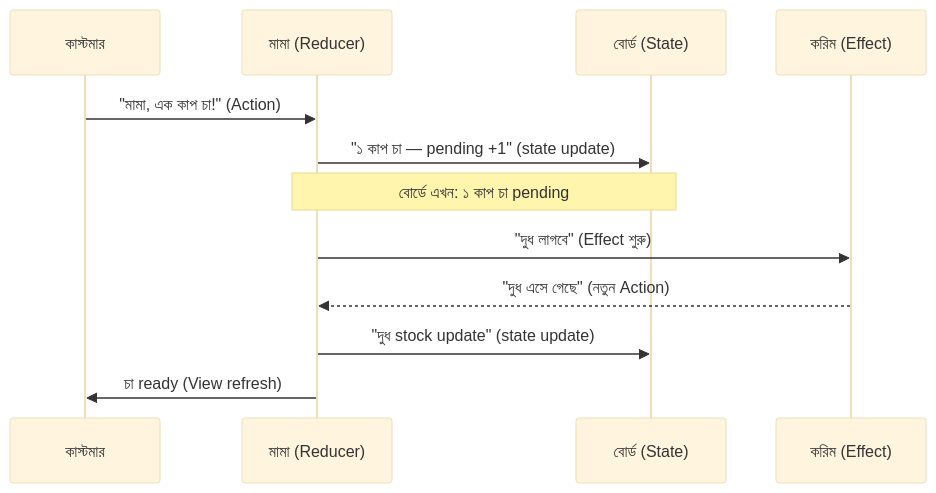
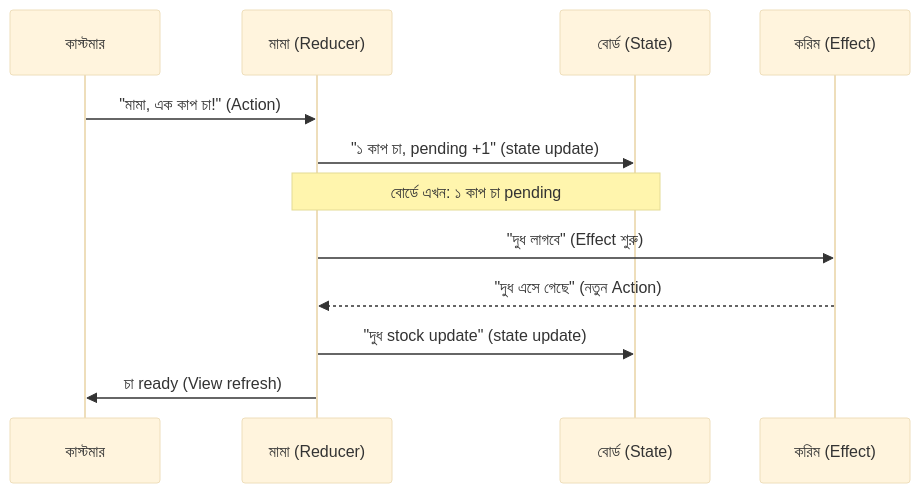
One commit to Junaed29/tca-bangla-tutor changed the diagram in src/content/chapters/01-cha-stole-swagatam.mdx. Above: the diagram before and after it, drawn with Mermaid (base theme). The commit also changed other lines of this file and 25 other files, not shown here.

````diff
--- a/src/content/chapters/01-cha-stole-swagatam.mdx
+++ b/src/content/chapters/01-cha-stole-swagatam.mdx
@@ -82,15 +82,15 @@
 ```mermaid
 sequenceDiagram
   participant K as কাস্টমার
   participant M as মামা (Reducer)
   participant B as বোর্ড (State)
   participant C as করিম (Effect)
 
   K->>M: "মামা, এক কাপ চা!" (Action)
-  M->>B: "১ কাপ চা — pending +1" (state update)
+  M->>B: "১ কাপ চা, pending +1" (state update)
   Note over M,B: বোর্ডে এখন: ১ কাপ চা pending
   M->>C: "দুধ লাগবে" (Effect শুরু)
   C-->>M: "দুধ এসে গেছে" (নতুন Action)
   M->>B: "দুধ stock update" (state update)
   M->>K: চা ready (View refresh)
 ```
````
